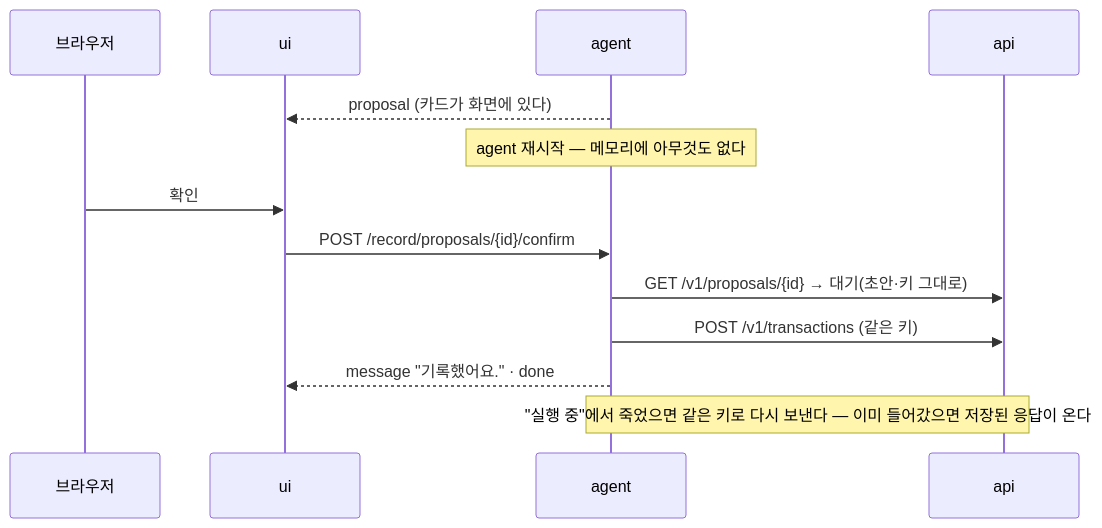
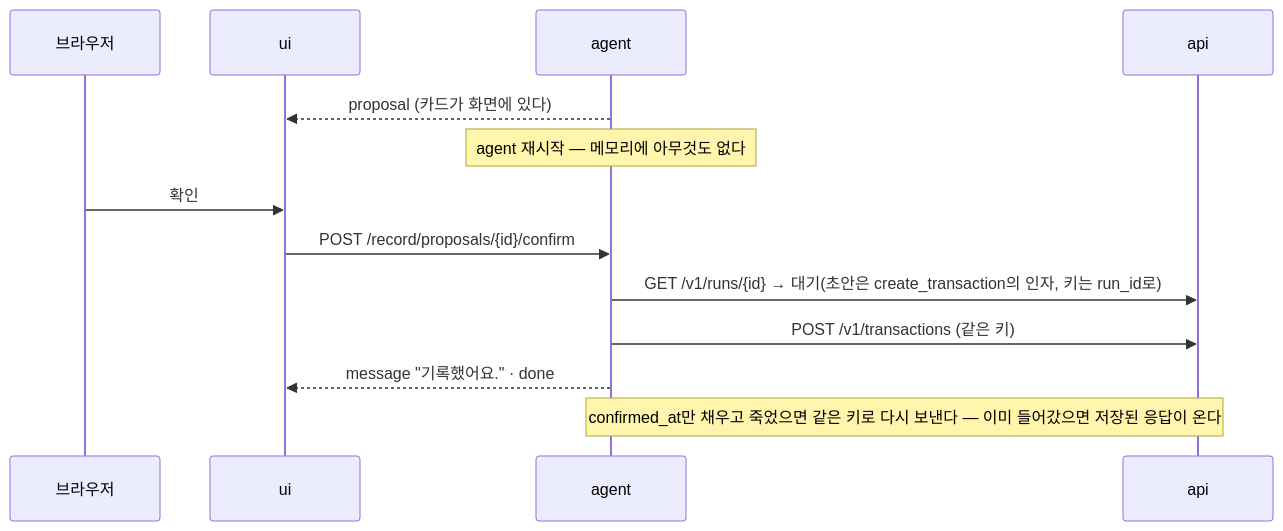
The sixth of 6 diagrams in docs/ai/chat-capture.md (2026-ai-service-engineering-a/account-book), drawn with Mermaid before and after one commit. The commit also changed other lines of this file, not shown here.

````diff
--- a/docs/ai/chat-capture.md
+++ b/docs/ai/chat-capture.md
@@ -192,15 +190,15 @@
 ```mermaid
 sequenceDiagram
     participant B as 브라우저
     participant U as ui
     participant AG as agent
     participant API as api
     AG-->>U: proposal (카드가 화면에 있다)
     Note over AG: agent 재시작 — 메모리에 아무것도 없다
     B->>U: 확인
     U->>AG: POST /record/proposals/{id}/confirm
-    AG->>API: GET /v1/proposals/{id} → 대기(초안·키 그대로)
+    AG->>API: GET /v1/runs/{id} → 대기(초안은 create_transaction의 인자, 키는 run_id로)
     AG->>API: POST /v1/transactions (같은 키)
     AG-->>U: message "기록했어요." · done
-    Note over AG,API: "실행 중"에서 죽었으면 같은 키로 다시 보낸다 — 이미 들어갔으면 저장된 응답이 온다
+    Note over AG,API: confirmed_at만 채우고 죽었으면 같은 키로 다시 보낸다 — 이미 들어갔으면 저장된 응답이 온다
 ```
````
